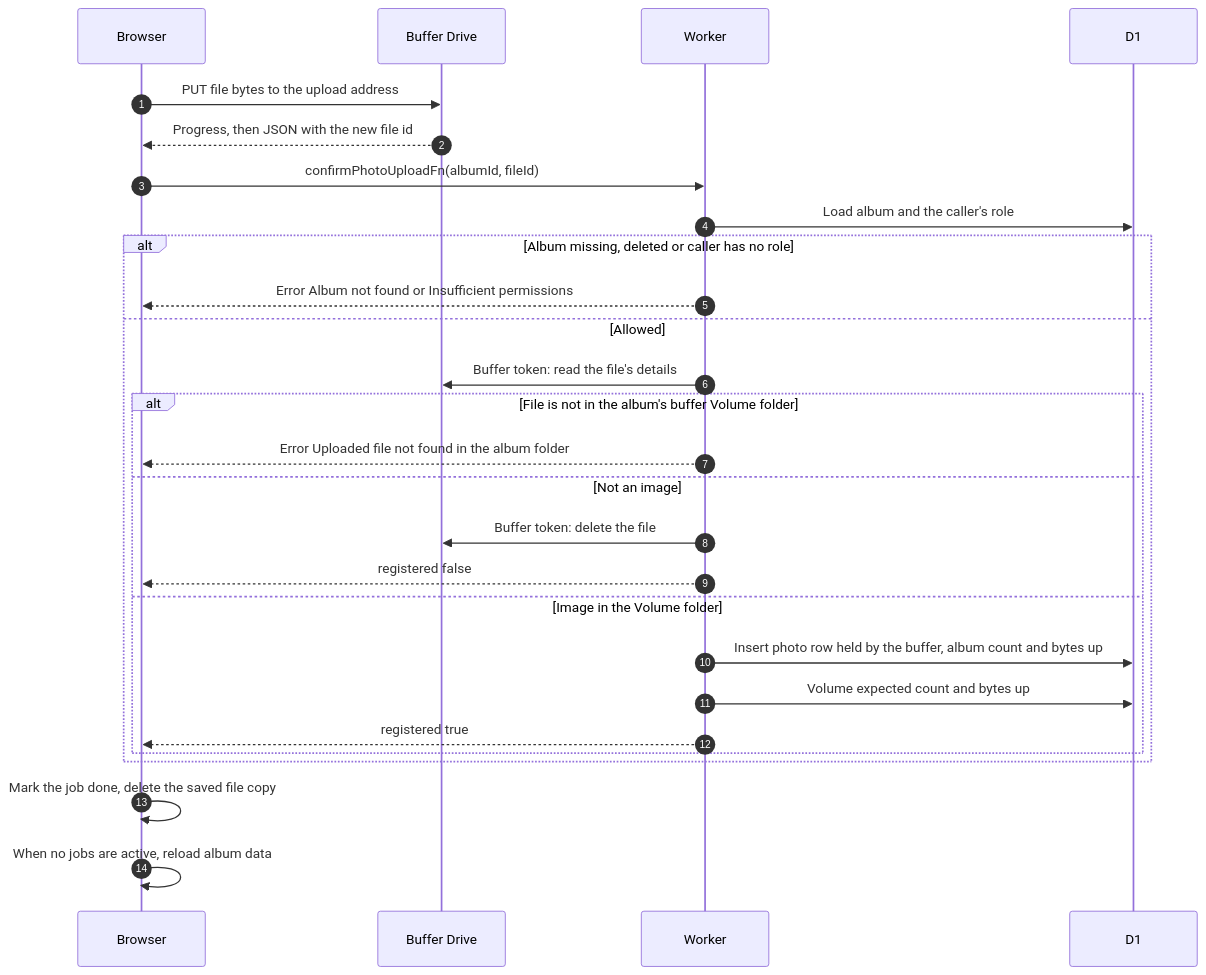
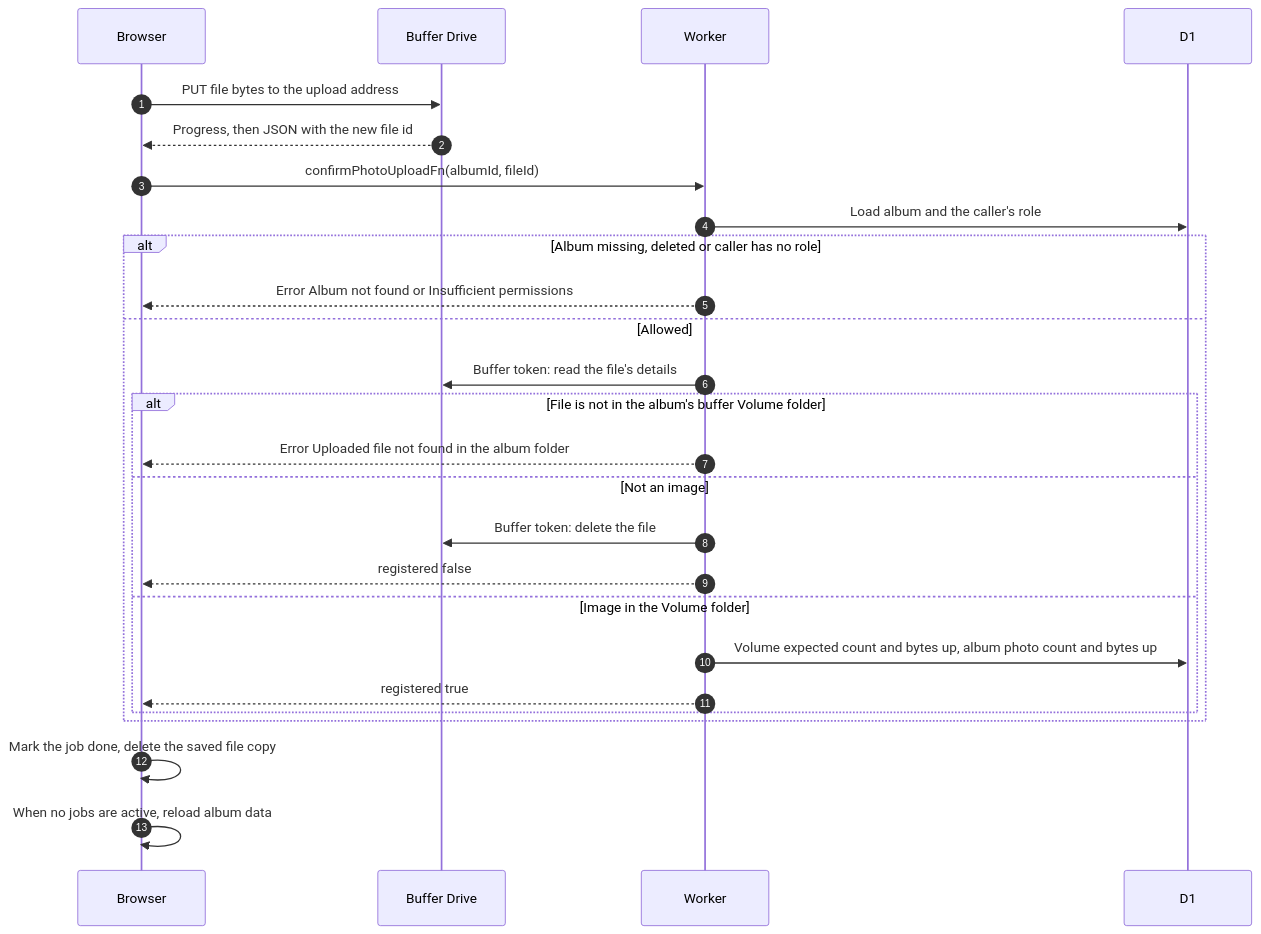
Before and after one commit to sagyzdop/meriksirat: the diagram in docs/scenarios/albums/upload-send-and-confirm.md, drawn with Mermaid. The commit also changed other lines of this file and 45 other files, not shown here.

````diff
--- a/docs/scenarios/albums/upload-send-and-confirm.md
+++ b/docs/scenarios/albums/upload-send-and-confirm.md
@@ -15,29 +15,28 @@
 ```mermaid
 sequenceDiagram
     autonumber
     participant B as Browser
     participant U as Buffer Drive
     participant W as Worker
     participant D as D1
     B->>U: PUT file bytes to the upload address
     U-->>B: Progress, then JSON with the new file id
     B->>W: confirmPhotoUploadFn(albumId, fileId)
     W->>D: Load album and the caller's role
     alt Album missing, deleted or caller has no role
         W-->>B: Error Album not found or Insufficient permissions
     else Allowed
         W->>U: Buffer token: read the file's details
         alt File is not in the album's buffer Volume folder
             W-->>B: Error Uploaded file not found in the album folder
         else Not an image
             W->>U: Buffer token: delete the file
             W-->>B: registered false
         else Image in the Volume folder
-            W->>D: Insert photo row held by the buffer, album count and bytes up
-            W->>D: Volume expected count and bytes up
+            W->>D: Volume expected count and bytes up, album photo count and bytes up
             W-->>B: registered true
         end
     end
     B->>B: Mark the job done, delete the saved file copy
     B->>B: When no jobs are active, reload album data
 ```
````
